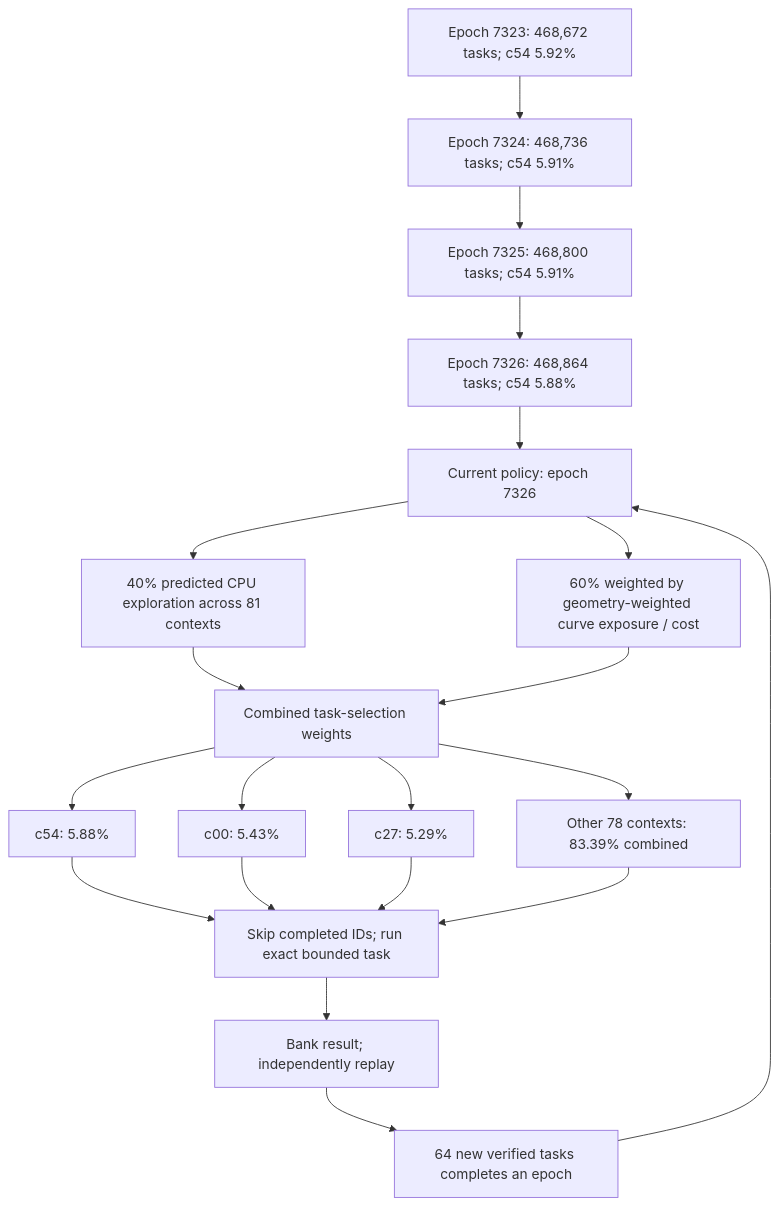
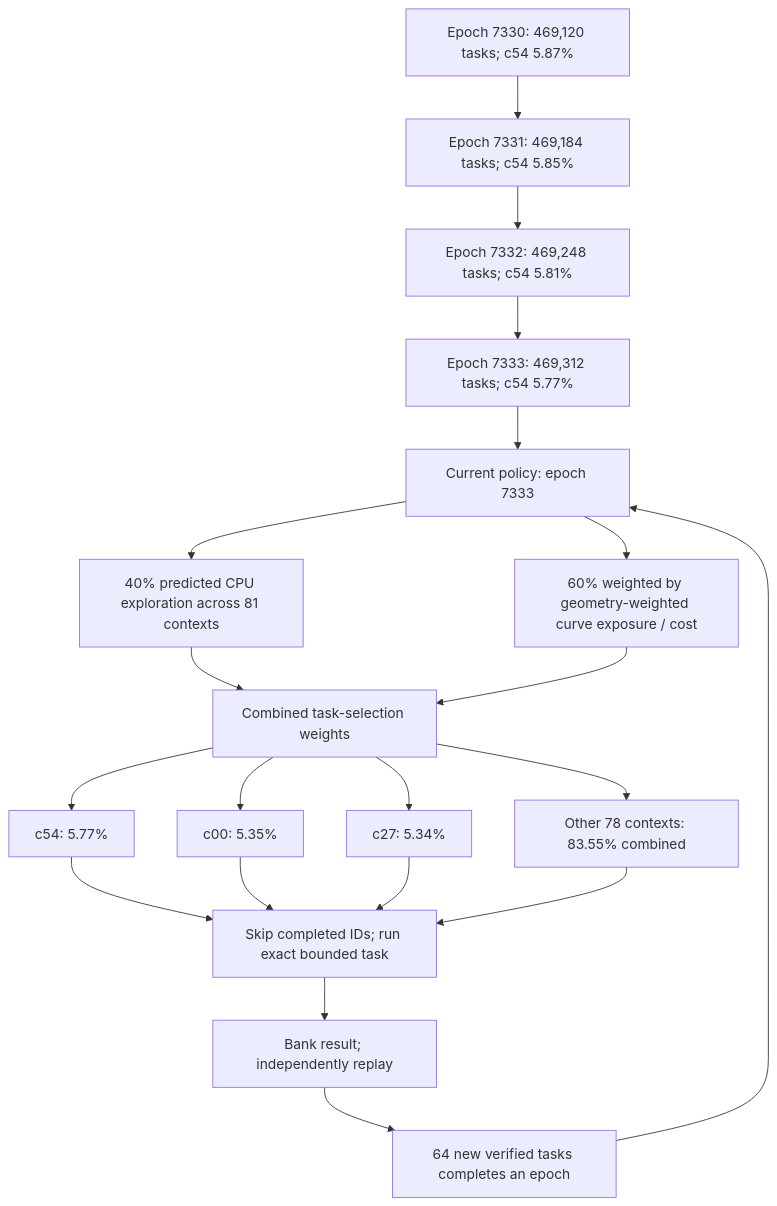
The first of 4 diagrams in README.md (Kuberwastaken/math-gambling), drawn with Mermaid before and after one commit. The commit also changed other lines of this file and 2000 other files, not shown here.

````diff
--- a/README.md
+++ b/README.md
@@ -60,27 +60,27 @@
 ```mermaid
 flowchart TD
-    H0["Epoch 7323: 468,672 tasks; c54 5.92%"]
-    H1["Epoch 7324: 468,736 tasks; c54 5.91%"]
+    H0["Epoch 7330: 469,120 tasks; c54 5.87%"]
+    H1["Epoch 7331: 469,184 tasks; c54 5.85%"]
     H0 --> H1
-    H2["Epoch 7325: 468,800 tasks; c54 5.91%"]
+    H2["Epoch 7332: 469,248 tasks; c54 5.81%"]
     H1 --> H2
-    H3["Epoch 7326: 468,864 tasks; c54 5.88%"]
+    H3["Epoch 7333: 469,312 tasks; c54 5.77%"]
     H2 --> H3
-    Policy["Current policy: epoch 7326"]
+    Policy["Current policy: epoch 7333"]
     H3 --> Policy
     Policy --> Explore["40% predicted CPU exploration across 81 contexts"]
     Policy --> Cost["60% weighted by geometry-weighted curve exposure / cost"]
     Explore --> Mix["Combined task-selection weights"]
     Cost --> Mix
-    Mix --> C0["c54: 5.88%"]
-    Mix --> C1["c00: 5.43%"]
-    Mix --> C2["c27: 5.29%"]
-    Mix --> Rest["Other 78 contexts: 83.39% combined"]
+    Mix --> C0["c54: 5.77%"]
+    Mix --> C1["c00: 5.35%"]
+    Mix --> C2["c27: 5.34%"]
+    Mix --> Rest["Other 78 contexts: 83.55% combined"]
     C0 --> Check["Skip completed IDs; run exact bounded task"]
     C1 --> Check
     C2 --> Check
     Rest --> Check
     Check --> Replay["Bank result; independently replay"]
     Replay --> Gate["64 new verified tasks completes an epoch"]
     Gate --> Policy
 ```
````
